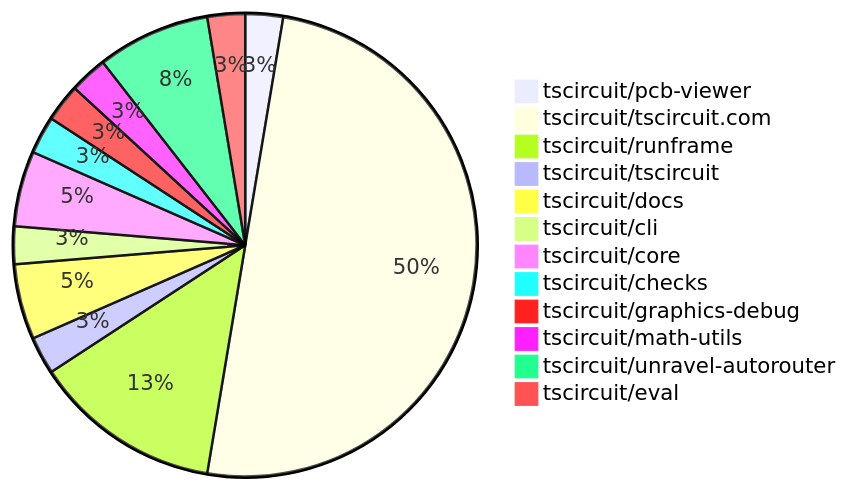
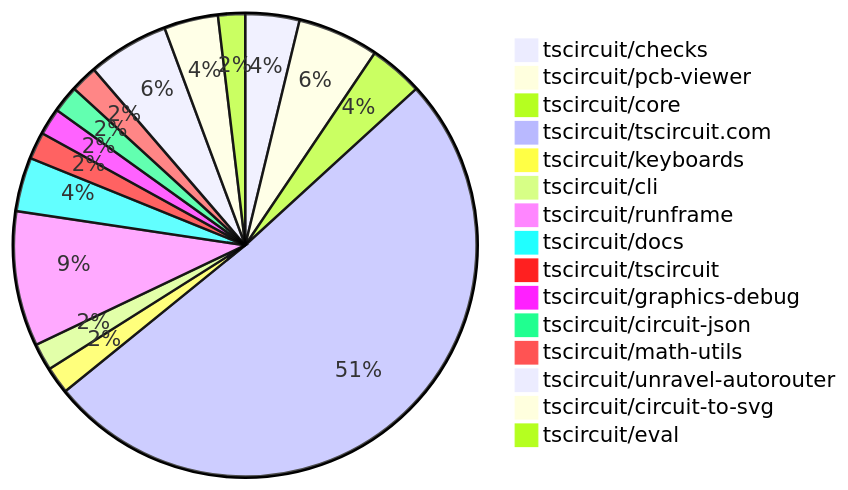
Before and after one commit to tscircuit/contribution-tracker: the diagram in README.md, drawn with Mermaid. The commit also changed other lines of this file and 3 other files, not shown here.

````diff
--- a/README.md
+++ b/README.md
@@ -24,15 +24,18 @@
 ```mermaid
 pie
-    "tscircuit/pcb-viewer" : 1
-    "tscircuit/tscircuit.com" : 19
+    "tscircuit/checks" : 2
+    "tscircuit/pcb-viewer" : 3
+    "tscircuit/core" : 2
+    "tscircuit/tscircuit.com" : 27
+    "tscircuit/keyboards" : 1
+    "tscircuit/cli" : 1
     "tscircuit/runframe" : 5
+    "tscircuit/docs" : 2
     "tscircuit/tscircuit" : 1
-    "tscircuit/docs" : 2
-    "tscircuit/cli" : 1
-    "tscircuit/core" : 2
-    "tscircuit/checks" : 1
     "tscircuit/graphics-debug" : 1
+    "tscircuit/circuit-json" : 1
     "tscircuit/math-utils" : 1
     "tscircuit/unravel-autorouter" : 3
+    "tscircuit/circuit-to-svg" : 2
     "tscircuit/eval" : 1
 ```
````
